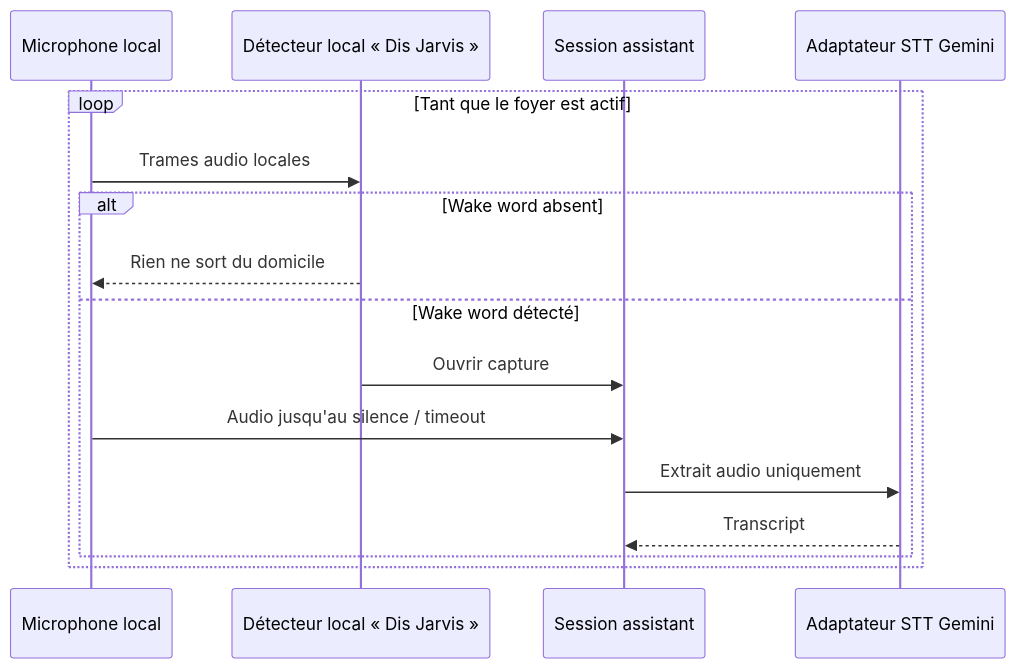
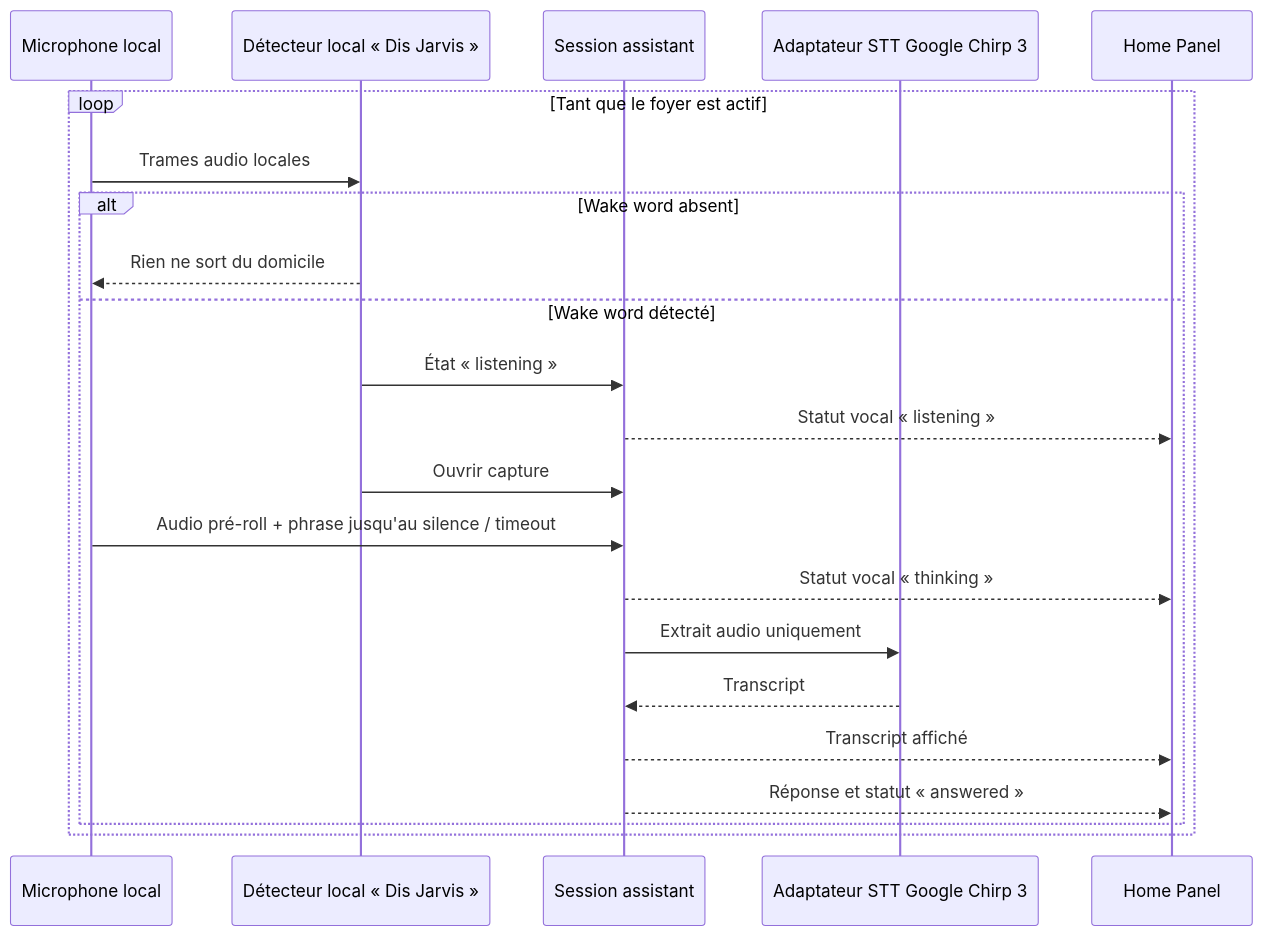
One commit to clementortiz134595/HOME-AI changed the diagram in poles/technique/home-core/diagrammes/sequence-assistant-wake-word.mmd. Above: the diagram before and after it, drawn with Mermaid. The commit also changed 49 other files, not shown here.

Commit message:
feat(voice): améliore la chaîne wake word, STT et TTS

```diff
--- a/poles/technique/home-core/diagrammes/sequence-assistant-wake-word.mmd
+++ b/poles/technique/home-core/diagrammes/sequence-assistant-wake-word.mmd
@@ -1,17 +1,23 @@
 sequenceDiagram
     participant Mic as Microphone local
     participant Wake as Détecteur local « Dis Jarvis »
     participant Core as Session assistant
-    participant STT as Adaptateur STT Gemini
+    participant STT as Adaptateur STT Google Chirp 3
+    participant Panel as Home Panel
 
     loop Tant que le foyer est actif
         Mic->>Wake: Trames audio locales
         alt Wake word absent
             Wake-->>Mic: Rien ne sort du domicile
         else Wake word détecté
+            Wake->>Core: État « listening »
+            Core-->>Panel: Statut vocal « listening »
             Wake->>Core: Ouvrir capture
-            Mic->>Core: Audio jusqu'au silence / timeout
+            Mic->>Core: Audio pré-roll + phrase jusqu'au silence / timeout
+            Core-->>Panel: Statut vocal « thinking »
             Core->>STT: Extrait audio uniquement
             STT-->>Core: Transcript
+            Core-->>Panel: Transcript affiché
+            Core-->>Panel: Réponse et statut « answered »
         end
     end
```
